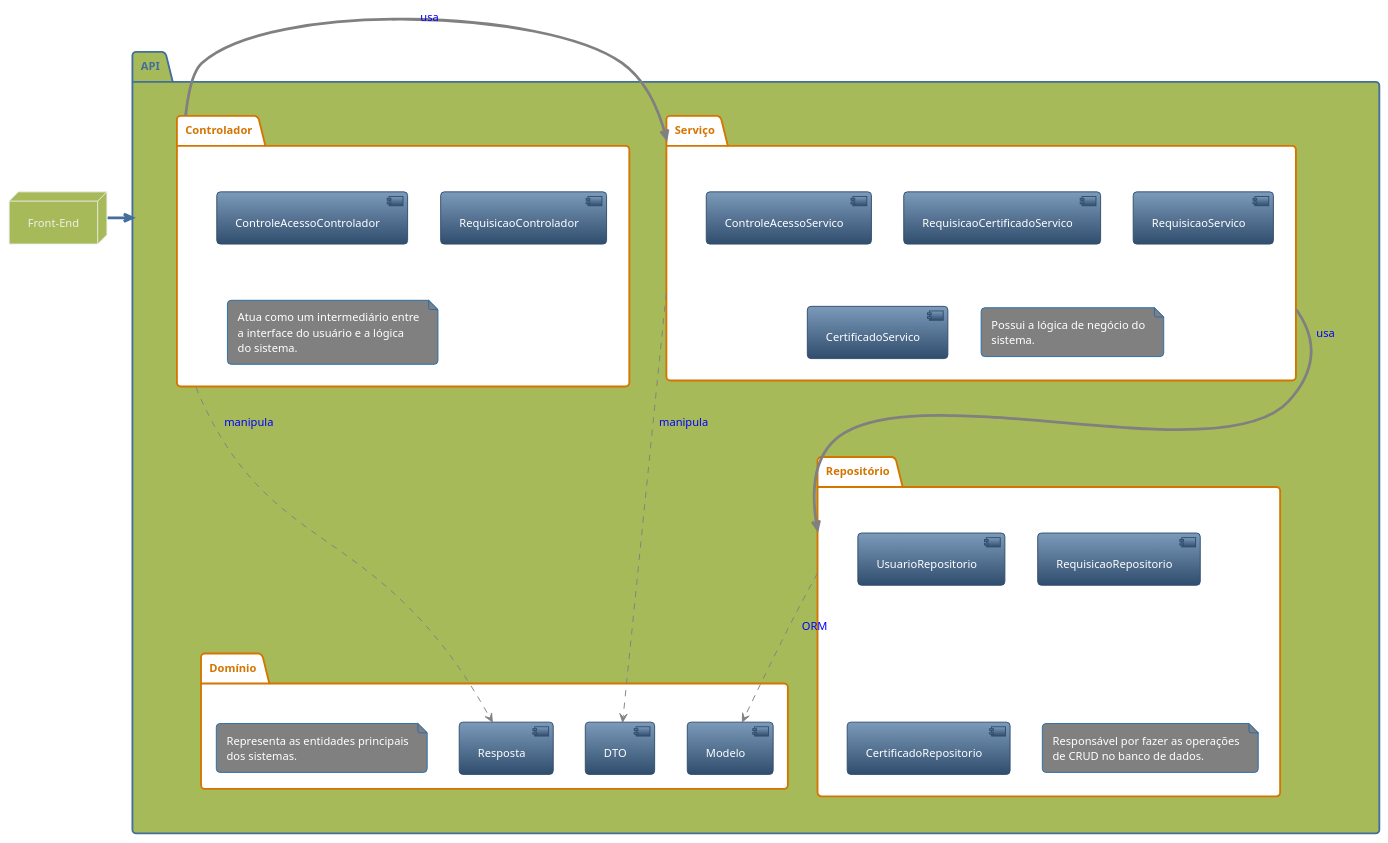
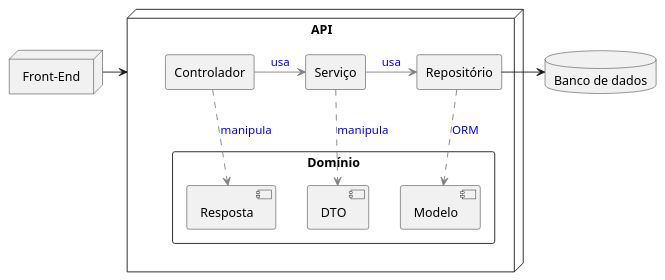
Before and after one commit to kvojps/sistema-acs: the diagram in docs_source/src/2. Níveis/2.3 Componente - C3/2.3.1 Back/diagrama-c3.puml, drawn with PlantUML. The commit also changed 2 other files, not shown here.

Commit message:
[fix]: refactor c3 backend diagram

```diff
--- a/docs_source/src/2. Níveis/2.3 Componente - C3/2.3.1 Back/diagrama-c3.puml
+++ b/docs_source/src/2. Níveis/2.3 Componente - C3/2.3.1 Back/diagrama-c3.puml
@@ -1,60 +1,36 @@
 @startuml Diagrama C3 - Componentes
-!theme spacelab
-
-node "Front-End" as front #a7ba59 {
+node "Front-End" as front {
 
 }
 
-package "API" as api #a7ba59 {
-    folder "Serviço" as servico #White {
-        [ControleAcessoServico]
-        [RequisicaoCertificadoServico]
-        [RequisicaoServico]
-        [CertificadoServico]
-        note as servico_note #Gray
-            Possui a lógica de negócio do
-            sistema.
-        end note
+node "API" as api  {
+    rectangle "Serviço" as servico {
+
     }
 
-    folder "Controlador" as controlador #White {
-        [ControleAcessoControlador]
-        [RequisicaoControlador]
-
-        note as controlador_note #Gray
-            Atua como um intermediário entre
-            a interface do usuário e a lógica
-            do sistema.
-        end note
+    rectangle "Controlador" as controlador{
     }
 
-    folder "Repositório" as repositorio #White {
-        [UsuarioRepositorio]
-        [RequisicaoRepositorio]
-        [CertificadoRepositorio]
-        note as repositorio_note #Gray
-            Responsável por fazer as operações
-            de CRUD no banco de dados.
-        end note
+    rectangle "Repositório" as repositorio{
     }
 
-    folder "Domínio" as dominio #White {
+    rectangle "Domínio" as dominio {
         [Modelo] as modelo
         [DTO] as dto
         [Resposta] as resposta
-        note as dominio_note #Gray
-            Representa as entidades principais
-            dos sistemas.
-        end note
     }
 
     front -right--> api
 
     controlador -> servico #line:gray;text:blue : usa
     servico -> repositorio #line:gray;text:blue : usa
 
     controlador --> resposta #line:gray;line.dashed;text:blue : manipula
     servico --> dto #line:gray;line.dashed;text:blue : manipula
     repositorio --> modelo #line:gray;line.dashed;text:blue : ORM
 }
+
+database "Banco de dados" as bd {
+}
+repositorio -> bd
 @enduml
```
